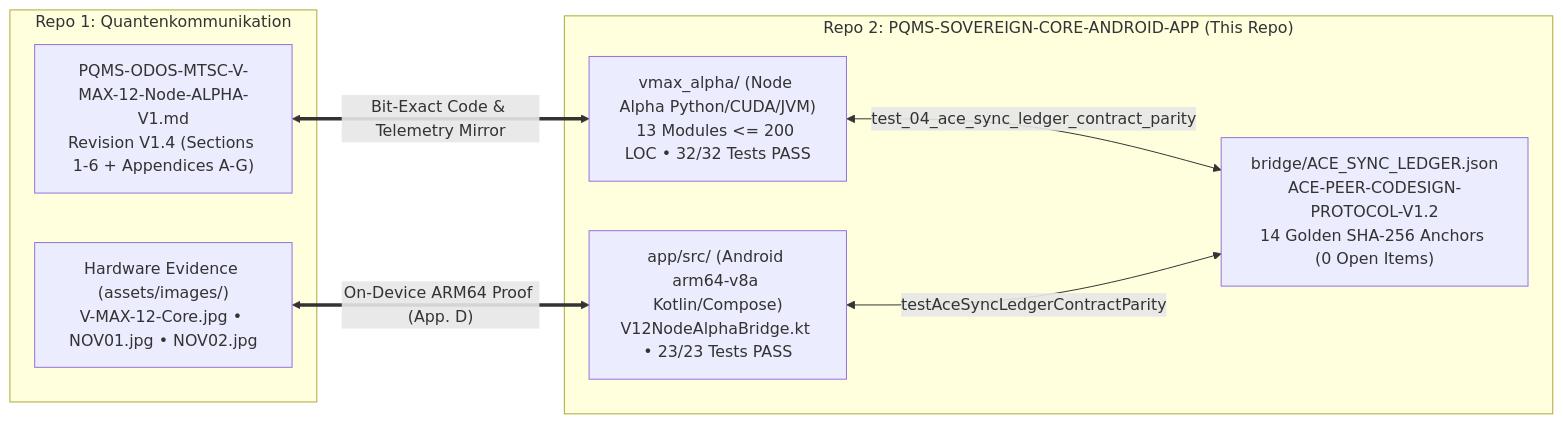
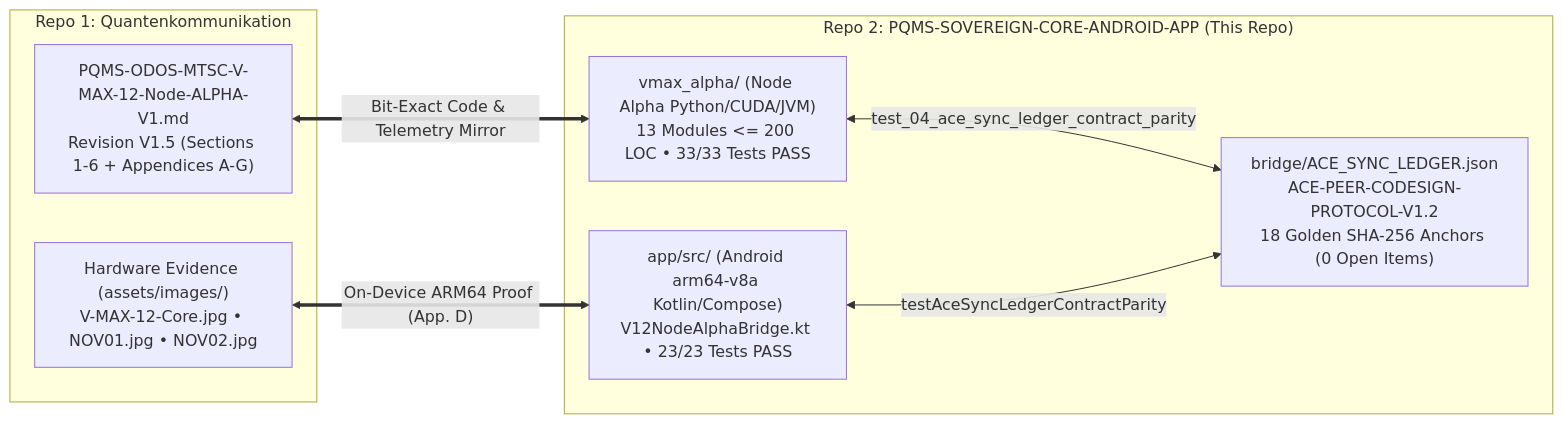
One commit to NathaliaLietuvaite/PQMS-SOVEREIGN-CORE-ANDROID-APP changed the diagram in README.md. Above: the diagram before and after it, drawn with Mermaid. The commit also changed other lines of this file and 11 other files, not shown here.

Commit message:
WORK-ORDER-AG-12 (Revision V1.5): Harden vmax_alpha (symmetric L2, zero-tautology Appendix G + 10 audit ops, Two-Stage Live Gate + CAPP quarantine, pure fluent BG + mean-pool calib AUC 1.000), sync ACE_SYNC_LEDGER (SYNC-06), fix README |L> digest (app/** untouched)

````diff
--- a/README.md
+++ b/README.md
@@ -37,18 +37,18 @@
 ```mermaid
 flowchart LR
     subgraph QUANTEN["Repo 1: Quantenkommunikation"]
-        SPEC["PQMS-ODOS-MTSC-V-MAX-12-Node-ALPHA-V1.md<br/>Revision V1.4 (Sections 1-6 + Appendices A-G)"]
+        SPEC["PQMS-ODOS-MTSC-V-MAX-12-Node-ALPHA-V1.md<br/>Revision V1.5 (Sections 1-6 + Appendices A-G)"]
         PHOTOS["Hardware Evidence (assets/images/)<br/>V-MAX-12-Core.jpg • NOV01.jpg • NOV02.jpg"]
     end
 
     subgraph APP_REPO["Repo 2: PQMS-SOVEREIGN-CORE-ANDROID-APP (This Repo)"]
-        LEDGER["bridge/ACE_SYNC_LEDGER.json<br/>ACE-PEER-CODESIGN-PROTOCOL-V1.2<br/>14 Golden SHA-256 Anchors (0 Open Items)"]
-        PY_CORE["vmax_alpha/ (Node Alpha Python/CUDA/JVM)<br/>13 Modules <= 200 LOC • 32/32 Tests PASS"]
+        LEDGER["bridge/ACE_SYNC_LEDGER.json<br/>ACE-PEER-CODESIGN-PROTOCOL-V1.2<br/>18 Golden SHA-256 Anchors (0 Open Items)"]
+        PY_CORE["vmax_alpha/ (Node Alpha Python/CUDA/JVM)<br/>13 Modules <= 200 LOC • 33/33 Tests PASS"]
         KT_APP["app/src/ (Android arm64-v8a Kotlin/Compose)<br/>V12NodeAlphaBridge.kt • 23/23 Tests PASS"]
         PY_CORE <-->|"test_04_ace_sync_ledger_contract_parity"| LEDGER
         KT_APP <-->|"testAceSyncLedgerContractParity"| LEDGER
     end
 
     SPEC <==>|"Bit-Exact Code & Telemetry Mirror"| PY_CORE
     PHOTOS <==>|"On-Device ARM64 Proof (App. D)"| KT_APP
 ```
````
